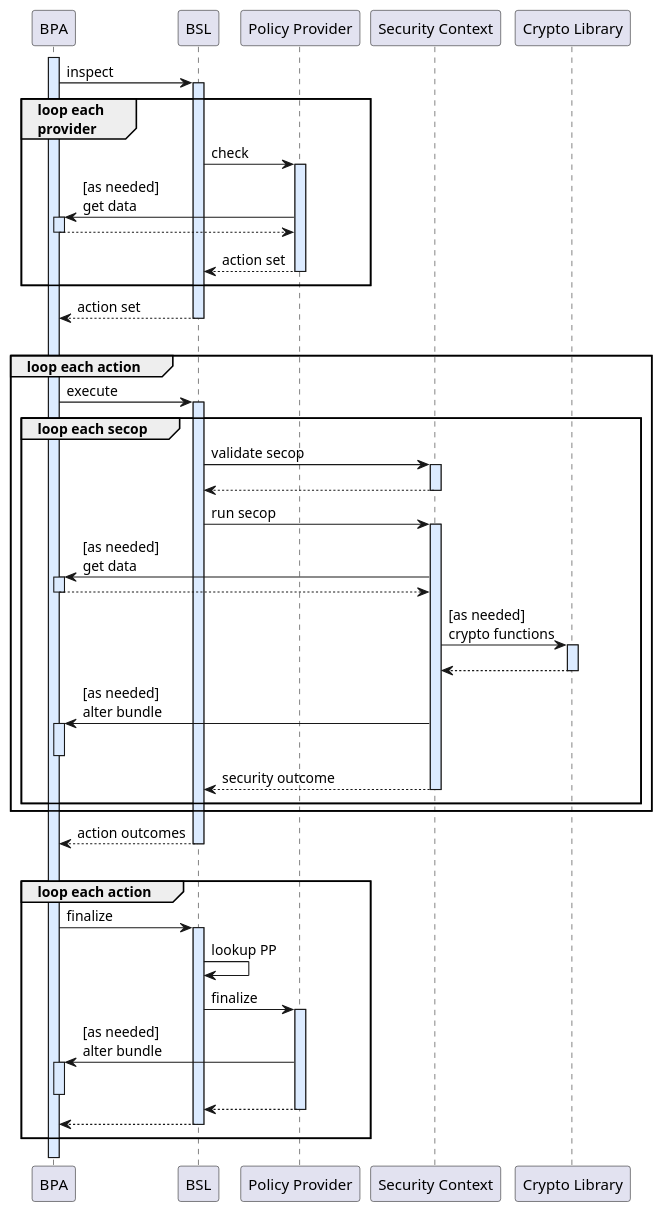
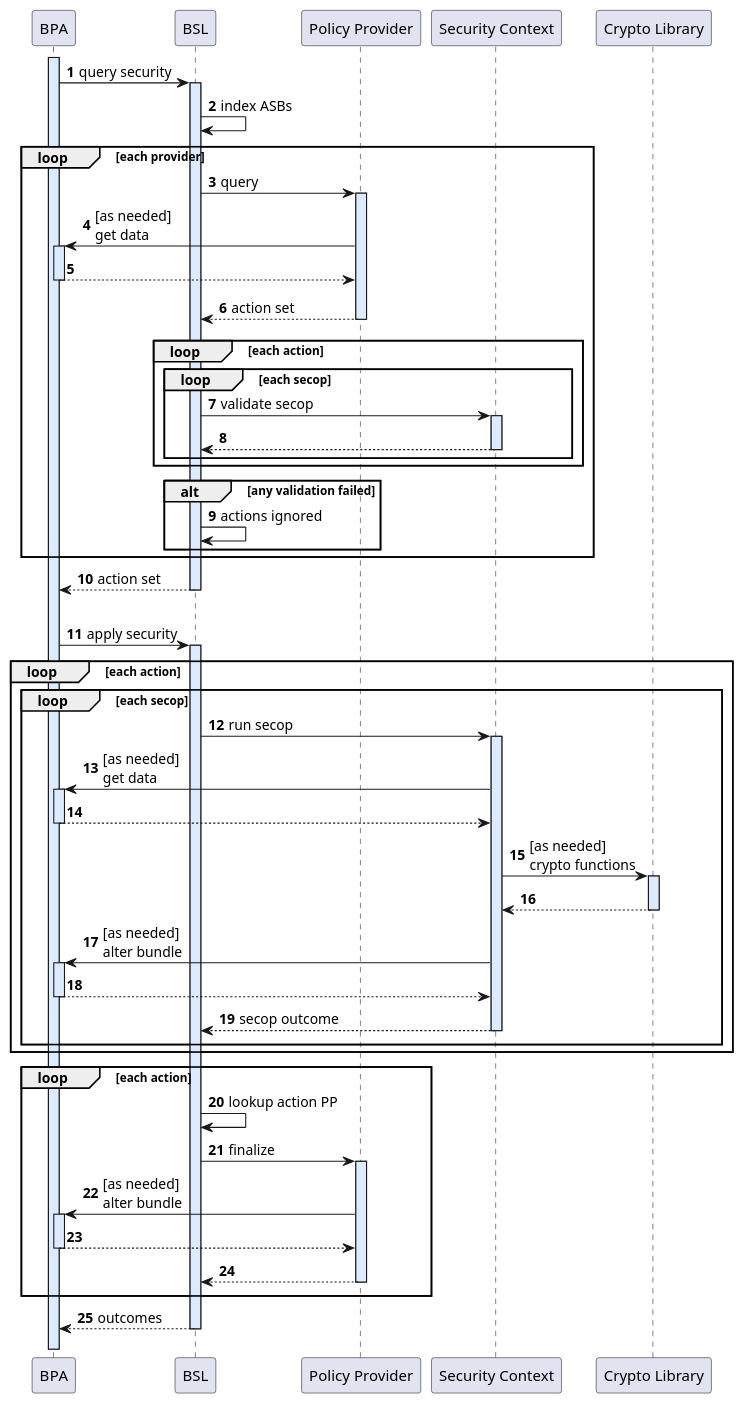
Before and after one commit to NASA-AMMOS/BSL-docs: the diagram in user-guide/static/bundle-workflow.puml, drawn with PlantUML. The commit also changed 19 other files, not shown here.

First line of the commit message:
Fix sequnce diagram and update refs to step numbers (#34)

```diff
--- a/user-guide/static/bundle-workflow.puml
+++ b/user-guide/static/bundle-workflow.puml
@@ -1,95 +1,100 @@
 @startuml
+autonumber
+
 participant "BPA" as BPA
 participant "BSL" as BSL
 participant "Policy Provider" as Policy
 participant "Security Context" as SC
 participant "Crypto Library" as Crypto
 
 activate BPA #dcebff
-BPA -> BSL : inspect
+BPA -> BSL : query security
 activate BSL #dcebff
-group loop each\nprovider
-    BSL -> Policy : check
+
+BSL -> BSL : index ASBs
+
+loop each provider
+    BSL -> Policy : query
 
     activate Policy #dcebff
     Policy -> BPA : [as needed]\nget data
 
     activate BPA #dcebff
     BPA --> Policy
     deactivate BPA
-
     ||5||
 
     Policy --> BSL : action set
+    deactivate Policy
     ||5||
-    deactivate Policy
+
+    loop each action
+
+        loop each secop
+            BSL -> SC : validate secop
+            activate SC #dcebff
+            SC --> BSL
+            deactivate SC
+        end
+    end
+
+    alt any validation failed
+        BSL -> BSL : actions ignored
+    end
 end
 BSL --> BPA : action set
 deactivate BSL
 
 ||20||
 
-group loop each action
-    BPA -> BSL : execute
-    activate BSL #dcebff
+BPA -> BSL : apply security
+activate BSL #dcebff
 
-    group loop each secop
-    
-        BSL -> SC : validate secop
-        activate SC #dcebff
-        ||10||
-        SC --> BSL
-        deactivate SC
+loop each action
+    loop each secop
 
         BSL -> SC : run secop
         activate SC #dcebff
 
         SC -> BPA : [as needed]\nget data
         activate BPA #dcebff
         BPA --> SC
         deactivate BPA
-    
+
         SC -> Crypto : [as needed]\ncrypto functions
         activate Crypto #dcebff
-        ||10||
         Crypto --> SC
         deactivate Crypto
-    
+
         SC -> BPA : [as needed]\nalter bundle
         activate BPA #dcebff
+        BPA --> SC
         deactivate BPA
-    
-        SC --> BSL : security outcome
+
+        SC --> BSL : secop outcome
+        deactivate SC
         ||5||
-        deactivate SC
     end
 end
-BSL --> BPA : action outcomes
-deactivate BSL
 
-||20||
-
-group loop each action
-    BPA -> BSL : finalize
-    activate BSL #dcebff
-
-    BSL -> BSL : lookup PP
+loop each action
+    BSL -> BSL : lookup action PP
 
     BSL -> Policy : finalize
     activate Policy #dcebff
 
     Policy -> BPA : [as needed]\nalter bundle
     activate BPA #dcebff
+    BPA --> Policy
     deactivate BPA
 
     Policy --> BSL
     deactivate Policy
-
-    BSL --> BPA
-    deactivate BSL
     ||5||
 end
 
+BSL --> BPA : outcomes
+deactivate BSL
 ||10||
 
 @enduml
```
